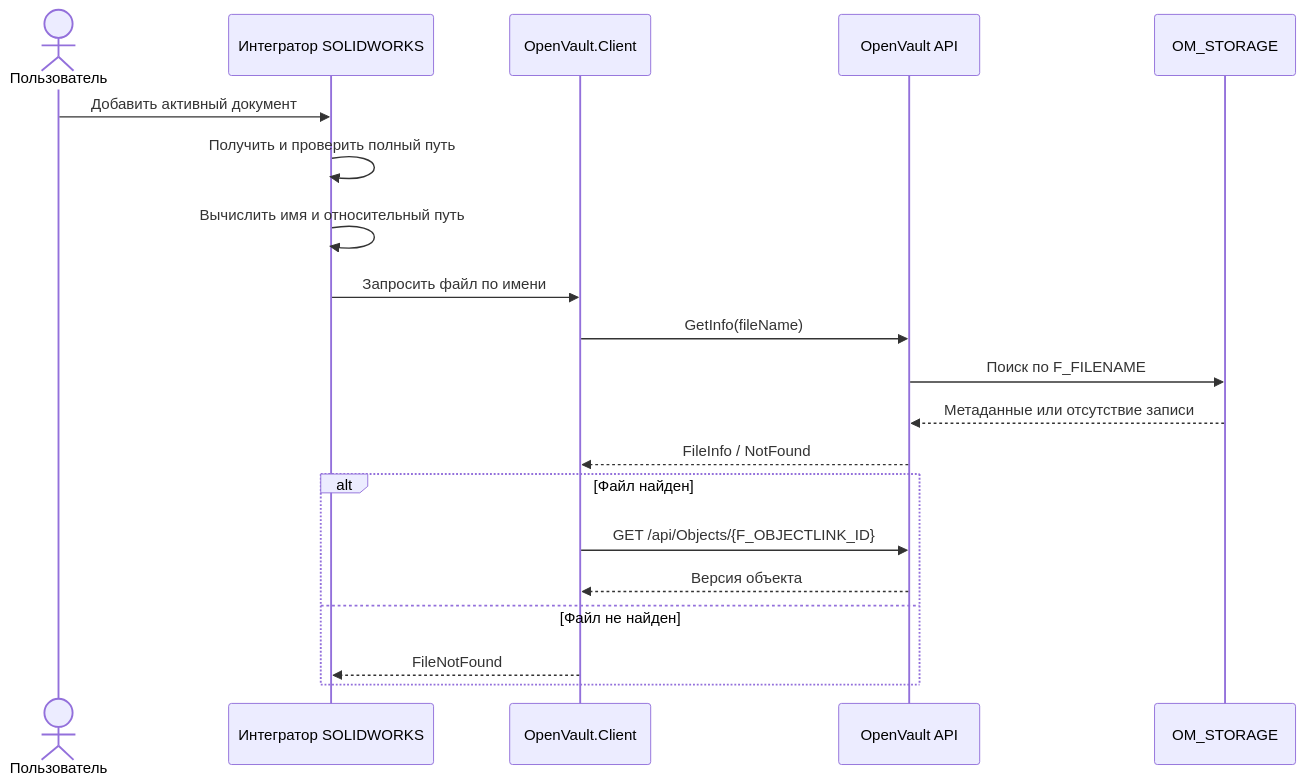
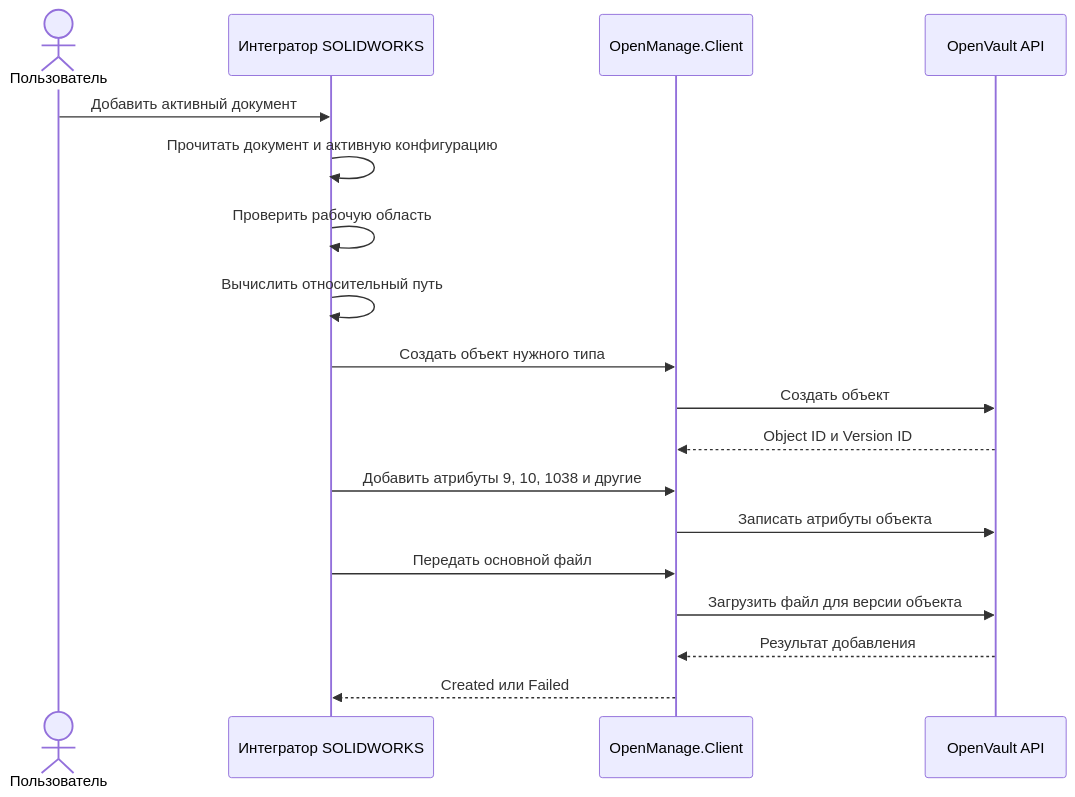
The first of 2 diagrams in docs/ARCHITECTURE_REQUIREMENTS.md (CADShark/CADShark.Common.DBManager), drawn with Mermaid before and after one commit. The commit also changed other lines of this file, not shown here.

Commit message:
Document create-only integration sequence

````diff
--- a/docs/ARCHITECTURE_REQUIREMENTS.md
+++ b/docs/ARCHITECTURE_REQUIREMENTS.md
@@ -155,23 +155,21 @@
 ```mermaid
 sequenceDiagram
     actor User as Пользователь
     participant SW as Интегратор SOLIDWORKS
-    participant Client as OpenVault.Client
+    participant Client as OpenManage.Client
     participant API as OpenVault API
-    participant DB as OM_STORAGE
 
     User->>SW: Добавить активный документ
-    SW->>SW: Получить и проверить полный путь
-    SW->>SW: Вычислить имя и относительный путь
-    SW->>Client: Запросить файл по имени
-    Client->>API: GetInfo(fileName)
-    API->>DB: Поиск по F_FILENAME
-    DB-->>API: Метаданные или отсутствие записи
-    API-->>Client: FileInfo / NotFound
-    alt Файл найден
-        Client->>API: GET /api/Objects/{F_OBJECTLINK_ID}
-        API-->>Client: Версия объекта
-    else Файл не найден
-        Client-->>SW: FileNotFound
-    end
+    SW->>SW: Прочитать документ и активную конфигурацию
+    SW->>SW: Проверить рабочую область
+    SW->>SW: Вычислить относительный путь
+    SW->>Client: Создать объект нужного типа
+    Client->>API: Создать объект
+    API-->>Client: Object ID и Version ID
+    SW->>Client: Добавить атрибуты 9, 10, 1038 и другие
+    Client->>API: Записать атрибуты объекта
+    SW->>Client: Передать основной файл
+    Client->>API: Загрузить файл для версии объекта
+    API-->>Client: Результат добавления
+    Client-->>SW: Created или Failed
 ```
````
